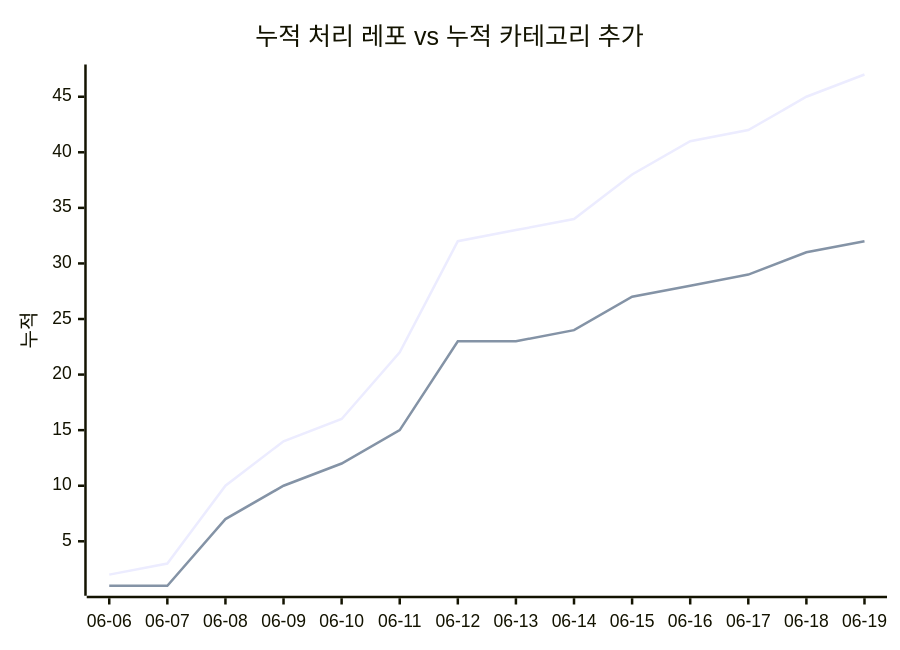
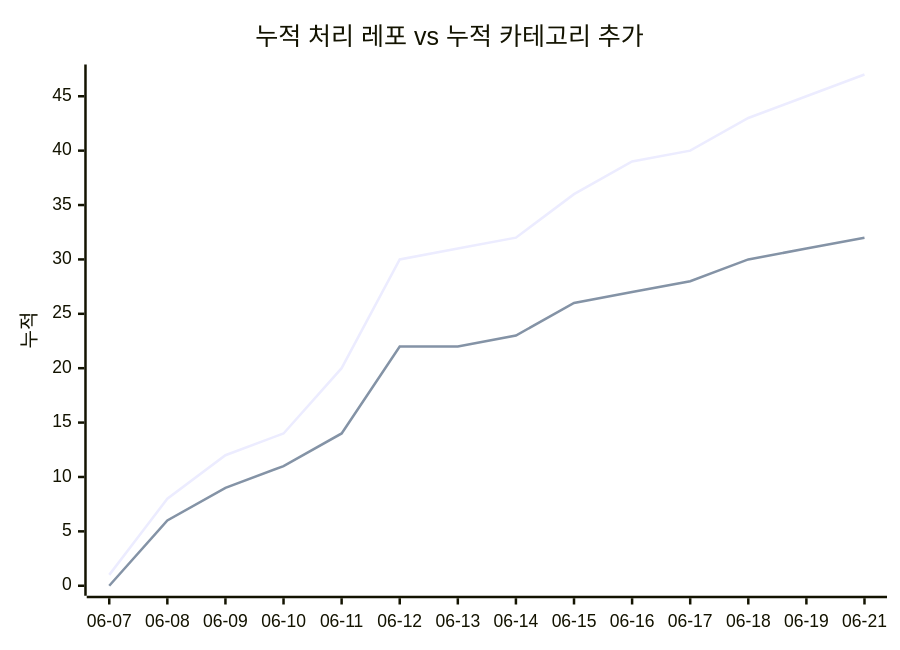
Before and after one commit to J-nowcow/awesome-korean-agent-skills: the second of 2 diagrams in docs/trends.md, drawn with Mermaid. The commit also changed other lines of this file and 4 other files, not shown here.

````diff
--- a/docs/trends.md
+++ b/docs/trends.md
@@ -68,8 +68,8 @@
 ```mermaid
 xychart-beta
     title "누적 처리 레포 vs 누적 카테고리 추가"
-    x-axis ["06-06","06-07","06-08","06-09","06-10","06-11","06-12","06-13","06-14","06-15","06-16","06-17","06-18","06-19"]
+    x-axis ["06-07","06-08","06-09","06-10","06-11","06-12","06-13","06-14","06-15","06-16","06-17","06-18","06-19","06-21"]
     y-axis "누적"
-    line [2,3,10,14,16,22,32,33,34,38,41,42,45,47]
-    line [1,1,7,10,12,15,23,23,24,27,28,29,31,32]
+    line [1,8,12,14,20,30,31,32,36,39,40,43,45,47]
+    line [0,6,9,11,14,22,22,23,26,27,28,30,31,32]
 ```
````
